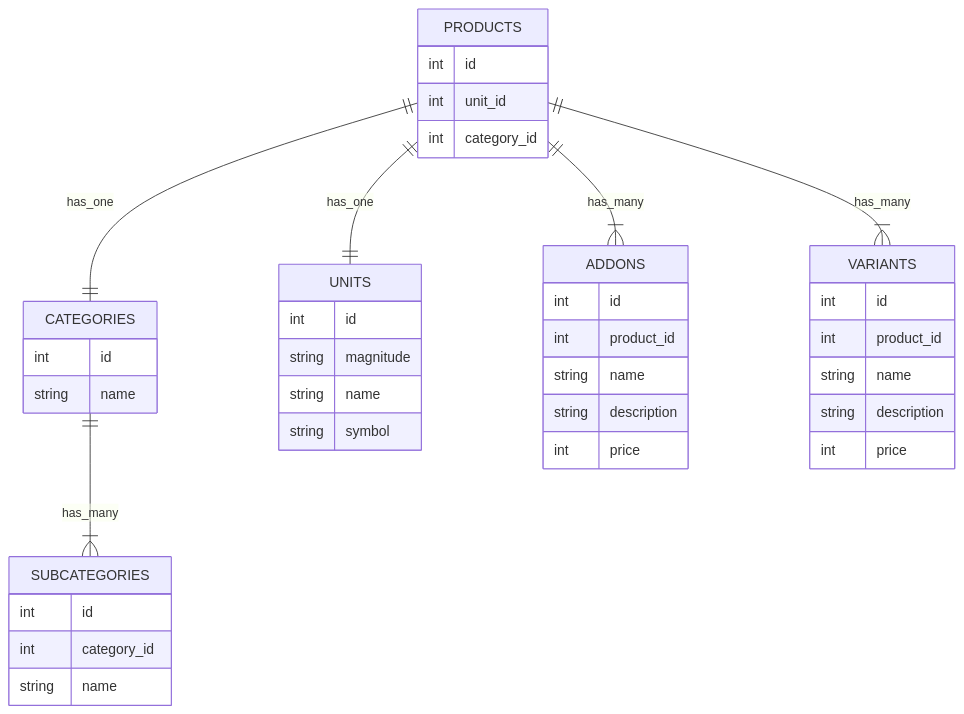
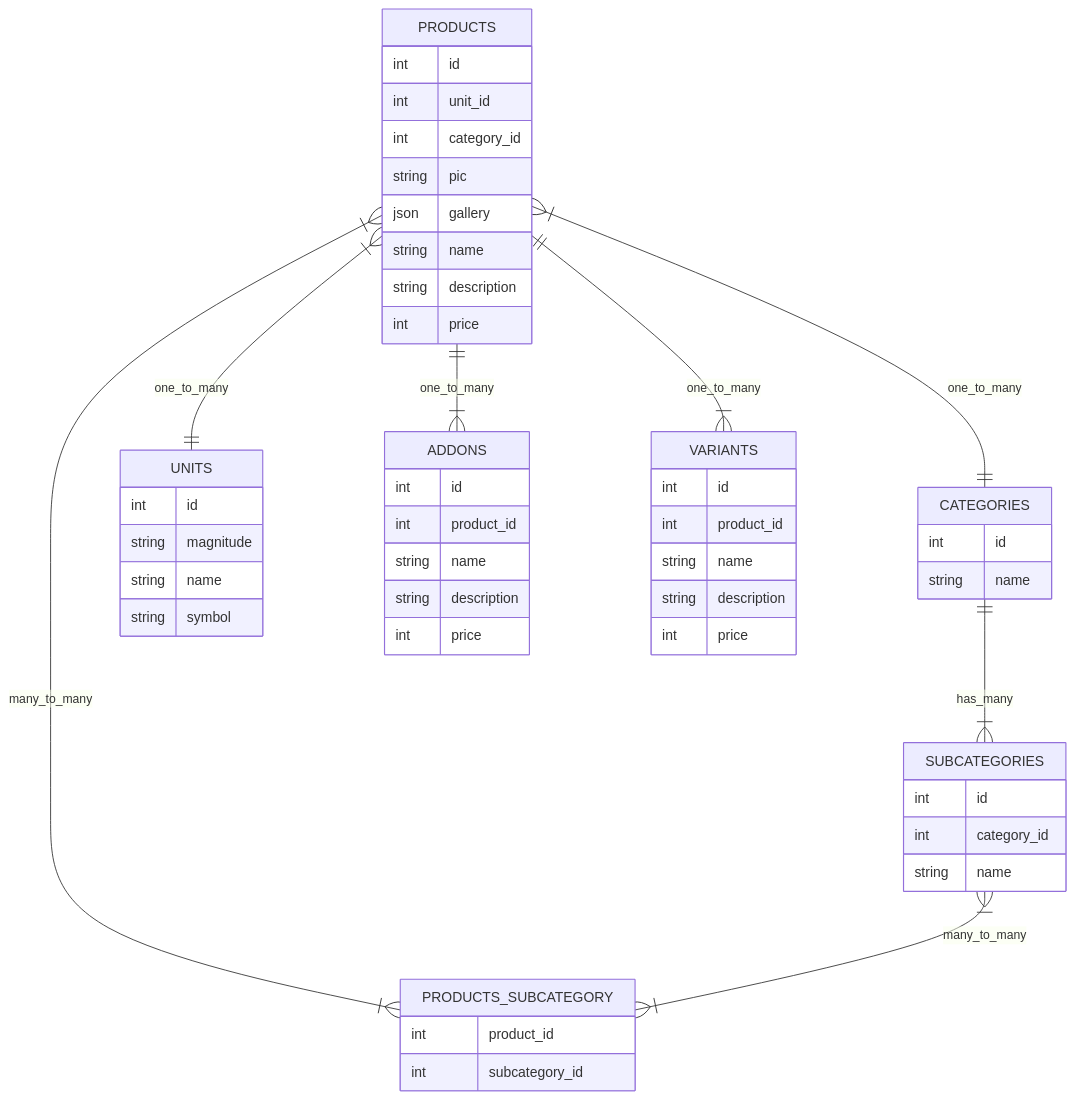
The diagram in internal/catalog/ENTITY_DIAGRAM.md (aasumitro/posbe), drawn with Mermaid before and after one commit. The commit also changed other lines of this file and 19 other files, not shown here.

````diff
--- a/internal/catalog/ENTITY_DIAGRAM.md
+++ b/internal/catalog/ENTITY_DIAGRAM.md
@@ -3,47 +3,60 @@
 ```mermaid
 erDiagram
-    CATEGORIES ||--|{ SUBCATEGORIES: has_many
     CATEGORIES {
         int id
         string name
     }
     
     SUBCATEGORIES {
         int id
         int category_id
         string name
     }
     
     UNITS { 
         int id
         string magnitude
         string name
         string symbol
     }
     
     ADDONS {
         int id
         int product_id
         string name
         string description 
         int price
     }
     
     VARIANTS {
         int id
         int product_id
         string name
         string description 
         int price
     }
+   
+    PRODUCTS_SUBCATEGORY {
+        int product_id
+        int subcategory_id
+    }
     
-    PRODUCTS ||--|{ ADDONS: has_many
-    PRODUCTS ||--|{ VARIANTS: has_many
-    PRODUCTS ||--|| UNITS : has_one
-    PRODUCTS ||--|| CATEGORIES : has_one
     PRODUCTS {
         int id  
         int unit_id
         int category_id
+        string pic
+        json gallery
+        string name
+        string description
+        int price
     }
+    
+    CATEGORIES ||--|{ SUBCATEGORIES: has_many
+    PRODUCTS }|--|{ PRODUCTS_SUBCATEGORY: many_to_many
+    SUBCATEGORIES }|--|{ PRODUCTS_SUBCATEGORY: many_to_many
+    PRODUCTS ||--|{ ADDONS: one_to_many
+    PRODUCTS ||--|{ VARIANTS: one_to_many
+    PRODUCTS }|--|| UNITS : one_to_many
+    PRODUCTS }|--|| CATEGORIES : one_to_many
 ```
````
